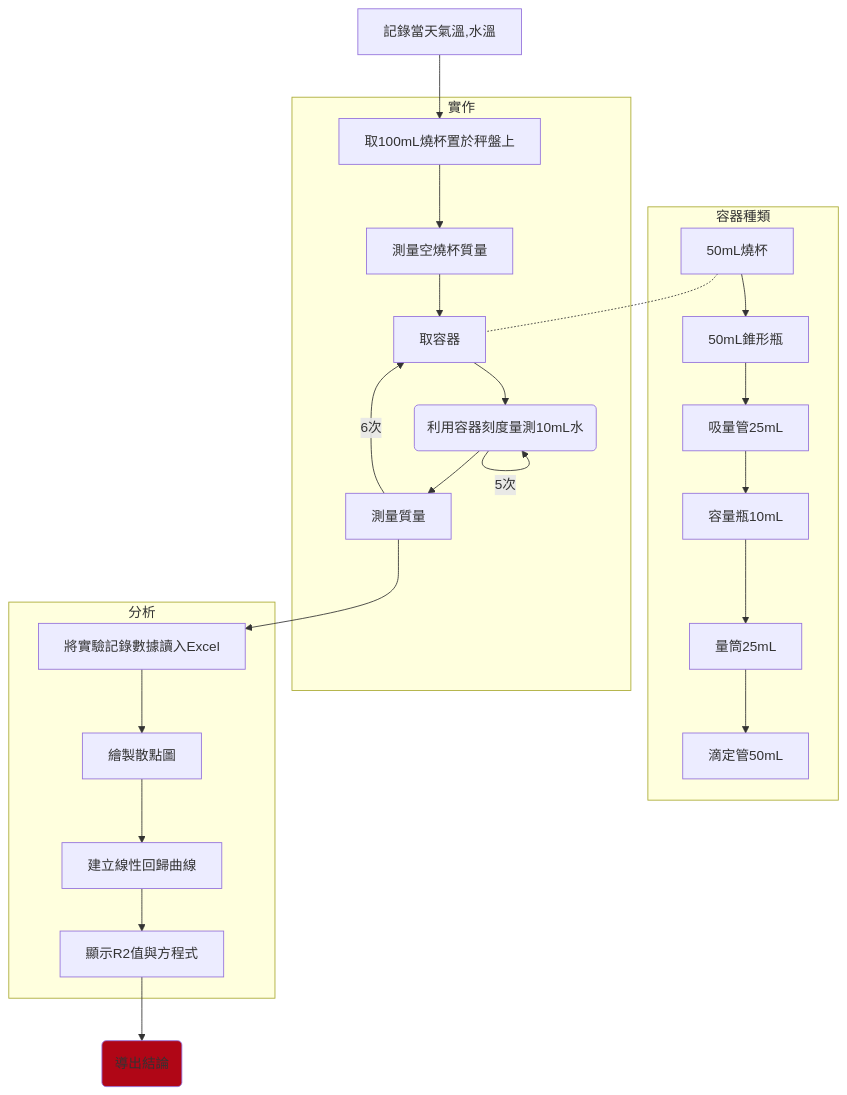
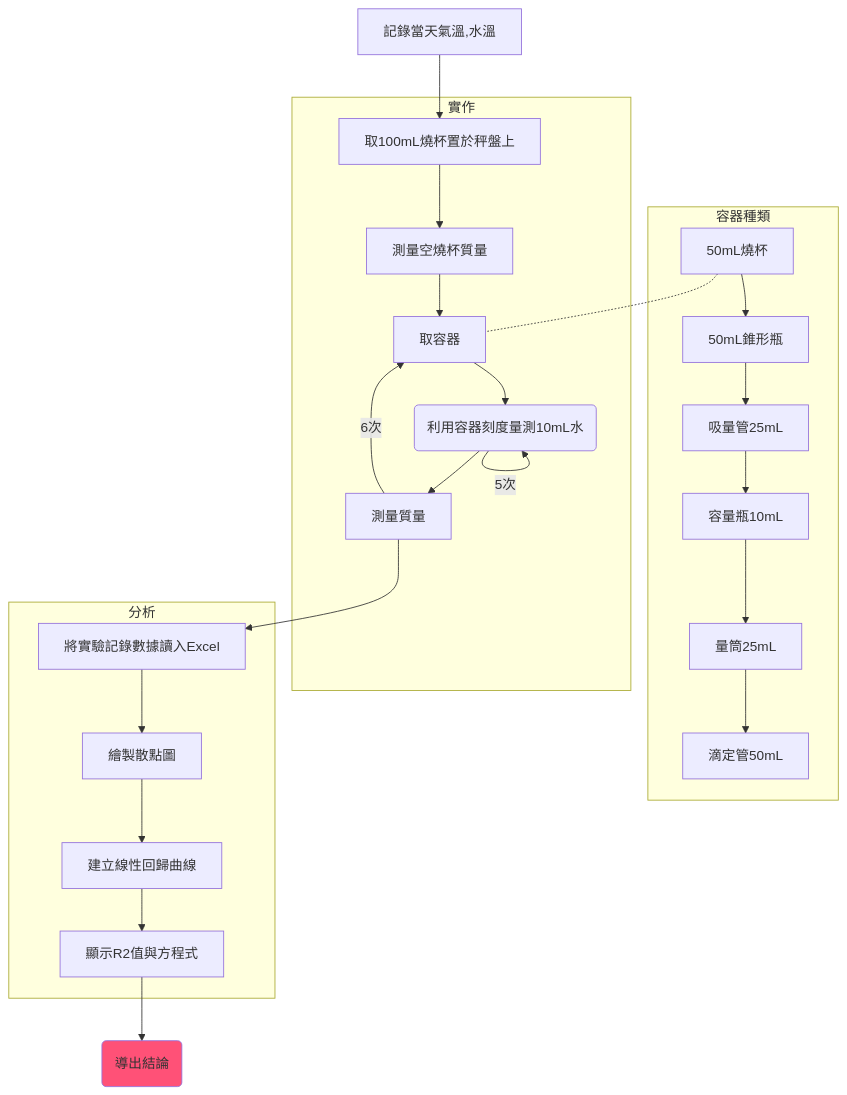
The diagram in Zettelkasten/Untitled.md (Ethane1755/Obsidian), drawn with Mermaid before and after one commit.

Commit message:
Obsidian Backup 2021-09-15 21:54

````diff
--- a/Zettelkasten/Untitled.md
+++ b/Zettelkasten/Untitled.md
@@ -2,20 +2,20 @@
 ```mermaid
 graph TD
 記錄當天氣溫,水溫-->取100mL燒杯置於秤盤上
 subgraph 容器種類
 50mL燒杯-->50mL錐形瓶-->吸量管25mL-->容量瓶10mL-->量筒25mL-->滴定管50mL
 end
 subgraph 實作
 取100mL燒杯置於秤盤上-->測量空燒杯質量-->取容器
 取容器-->id1(利用容器刻度量測10mL水)-->測量質量
 id1-->|5次|id1
 50mL燒杯-.-取容器
 測量質量-->|6次|取容器
 end
 測量質量-->將實驗記錄數據讀入Excel
 subgraph 分析
 將實驗記錄數據讀入Excel-->繪製散點圖-->建立線性回歸曲線-->顯示R2值與方程式
 end
 顯示R2值與方程式-->id2(導出結論)
-style id2 fill:#B00616
+style id2 fill:#FF5177
 ```
````
